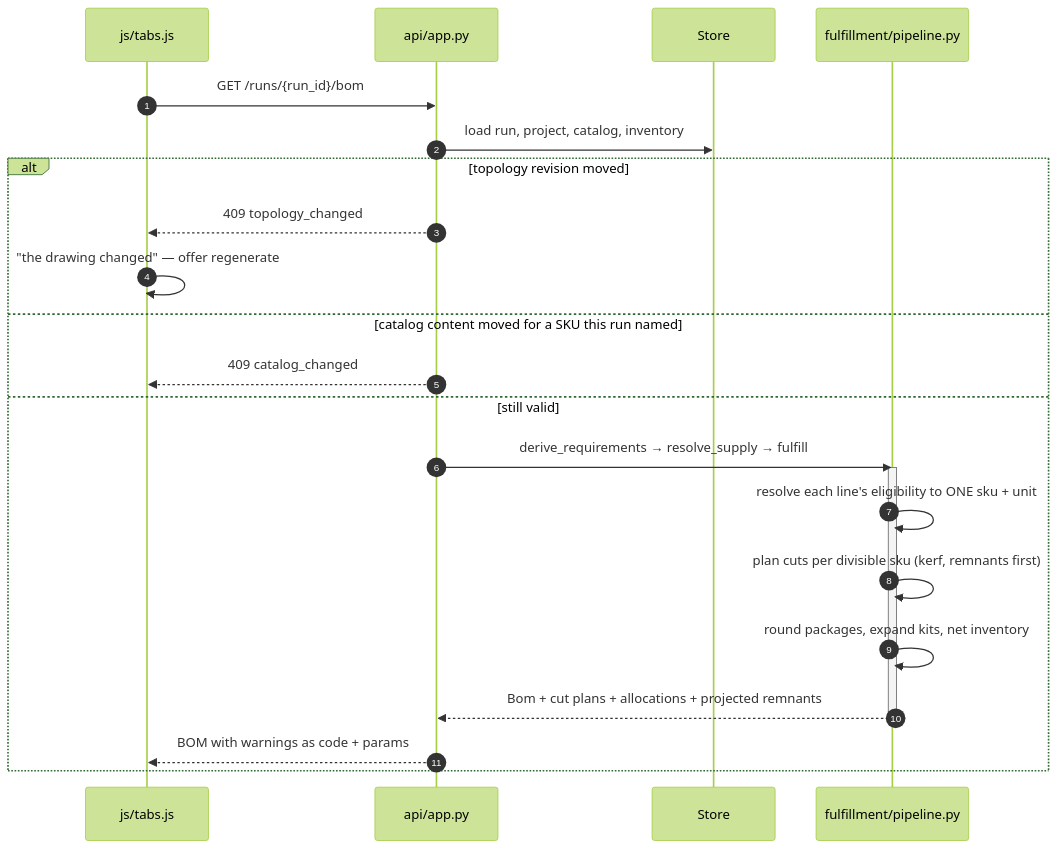
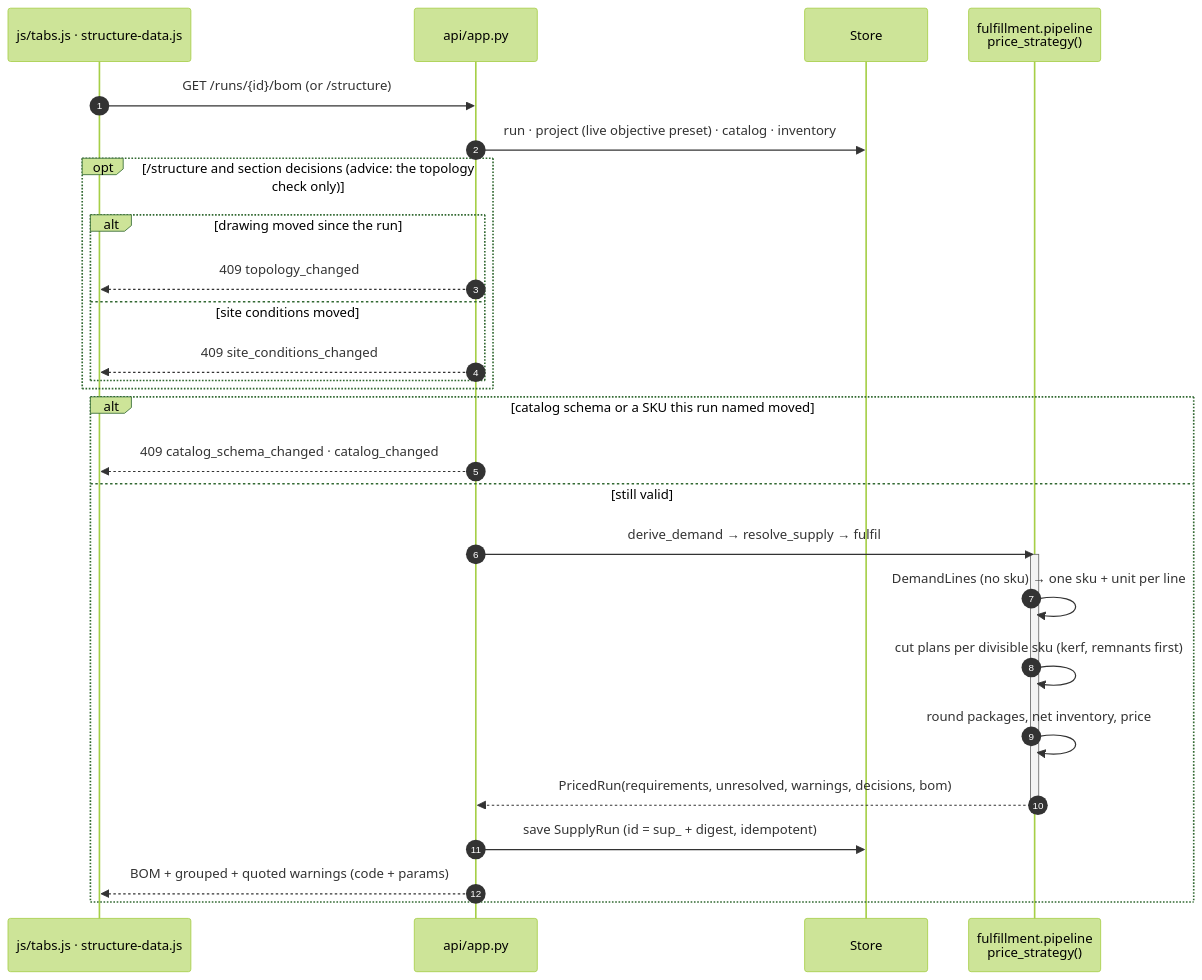
The second of 10 diagrams in docs/architecture/03-flows.md (spicysauce1955-stack/BOM), drawn with Mermaid (forest theme) before and after one commit. The commit also changed other lines of this file and 14 other files, not shown here.

````diff
--- a/docs/architecture/03-flows.md
+++ b/docs/architecture/03-flows.md
@@ -60,27 +81,32 @@
 ```mermaid
 sequenceDiagram
     autonumber
-    participant W as js/tabs.js
+    participant W as js/tabs.js · structure-data.js
     participant A as api/app.py
     participant S as Store
-    participant P as fulfillment/pipeline.py
+    participant P as fulfillment.pipeline<br/>price_strategy()
 
-    W->>A: GET /runs/{run_id}/bom
-    A->>S: load run, project, catalog, inventory
+    W->>A: GET /runs/{id}/bom   (or /structure)
+    A->>S: run · project (live objective preset) · catalog · inventory
 
-    alt topology revision moved
-        A-->>W: 409 topology_changed
-        W->>W: "the drawing changed" — offer regenerate
-    else catalog content moved for a SKU this run named
-        A-->>W: 409 catalog_changed
+    opt /structure and section decisions (advice: the topology check only)
+        alt drawing moved since the run
+            A-->>W: 409 topology_changed
+        else site conditions moved
+            A-->>W: 409 site_conditions_changed
+        end
+    end
+    alt catalog schema or a SKU this run named moved
+        A-->>W: 409 catalog_schema_changed · catalog_changed
     else still valid
-        A->>P: derive_requirements → resolve_supply → fulfill
+        A->>P: derive_demand → resolve_supply → fulfil
         activate P
-        P->>P: resolve each line's eligibility to ONE sku + unit
-        P->>P: plan cuts per divisible sku (kerf, remnants first)
-        P->>P: round packages, expand kits, net inventory
-        P-->>A: Bom + cut plans + allocations + projected remnants
+        P->>P: DemandLines (no sku) → one sku + unit per line
+        P->>P: cut plans per divisible sku (kerf, remnants first)
+        P->>P: round packages, net inventory, price
+        P-->>A: PricedRun(requirements, unresolved, warnings, decisions, bom)
         deactivate P
-        A-->>W: BOM with warnings as code + params
+        A->>S: save SupplyRun (id = sup_ + digest, idempotent)
+        A-->>W: BOM + grouped + quoted warnings (code + params)
     end
 ```
````
